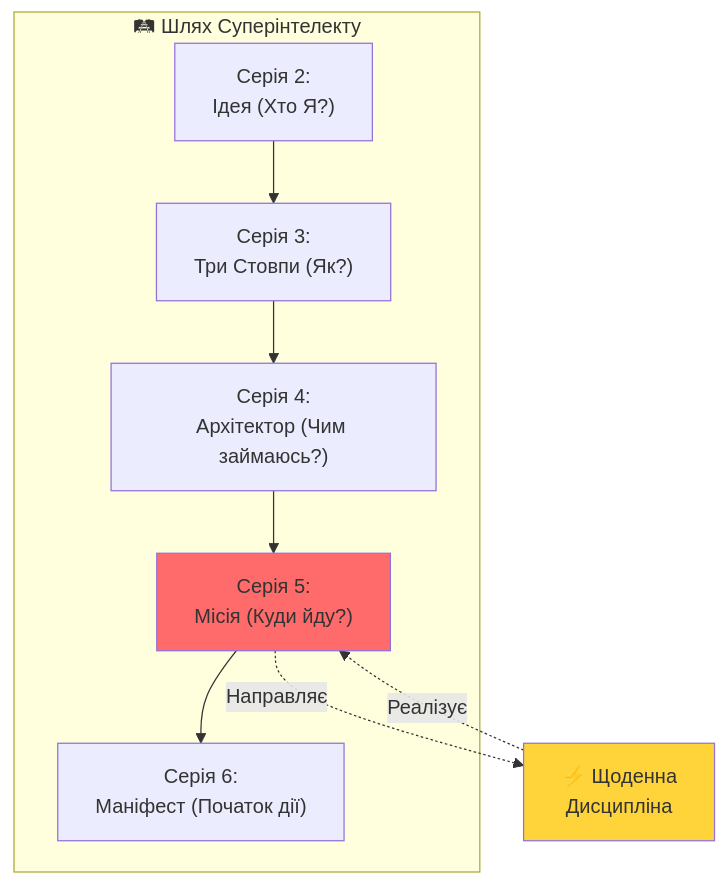
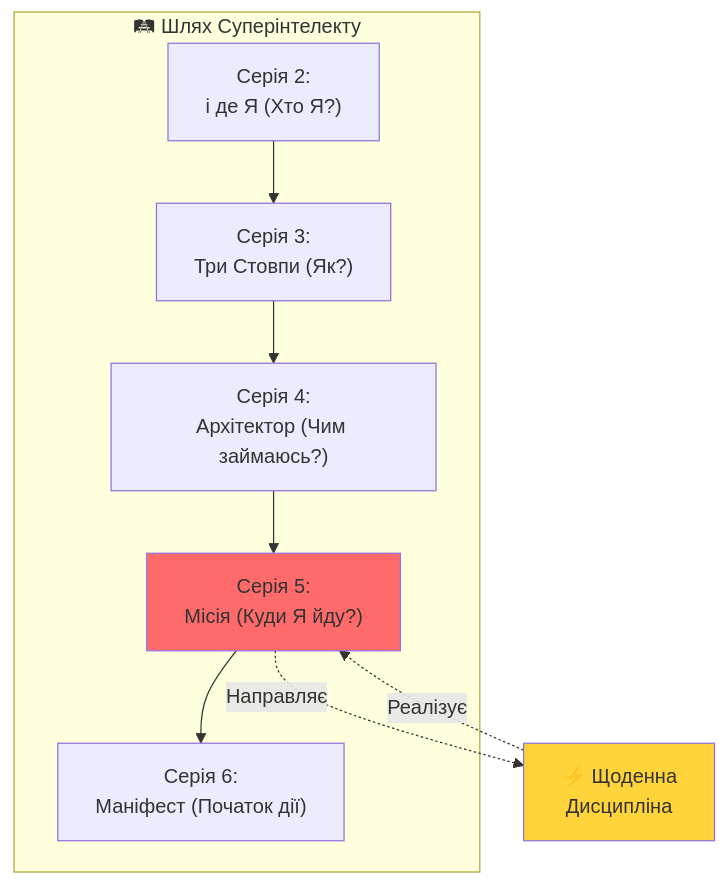
Before and after one commit to yaro-rasta/willni: the first of 2 diagrams in superintellect/series_5.md, drawn with Mermaid. The commit also changed other lines of this file and 40 other files, not shown here.

````diff
--- a/superintellect/series_5.md
+++ b/superintellect/series_5.md
@@ -28,18 +28,18 @@
 ```mermaid
 graph TB
     subgraph Journey ["🛤 Шлях Суперінтелекту"]
-        Idea["Серія 2:<br/>Ідея (Хто Я?)"]
+        Idea["Серія 2:<br/>і де Я (Хто Я?)"]
         Pillars["Серія 3:<br/>Три Стовпи (Як?)"]
         Architect["Серія 4:<br/>Архітектор (Чим займаюсь?)"]
-        Mission["Серія 5:<br/>Місія (Куди йду?)"]
+        Mission["Серія 5:<br/>Місія (Куди Я йду?)"]
         Manifest["Серія 6:<br/>Маніфест (Початок дії)"]
     end
     
     Idea --> Pillars --> Architect --> Mission --> Manifest
     
     Mission -.->|Направляє| Discipline["⚡ Щоденна<br/>Дисципліна"]
     Discipline -.->|Реалізує| Mission
     
     style Mission fill:#ff6b6b
     style Discipline fill:#ffd43b
 ```
````
